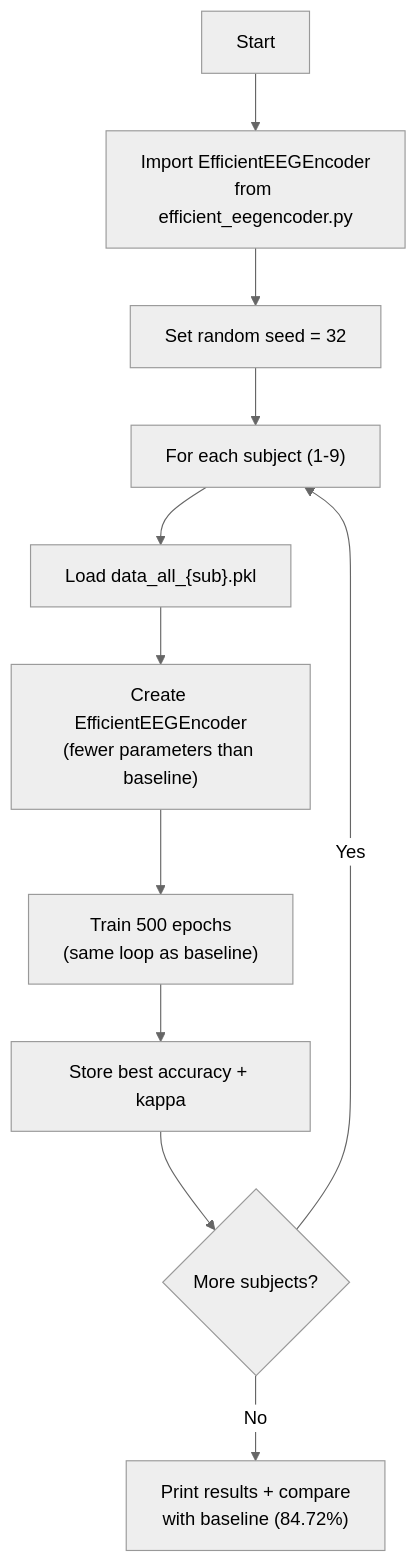
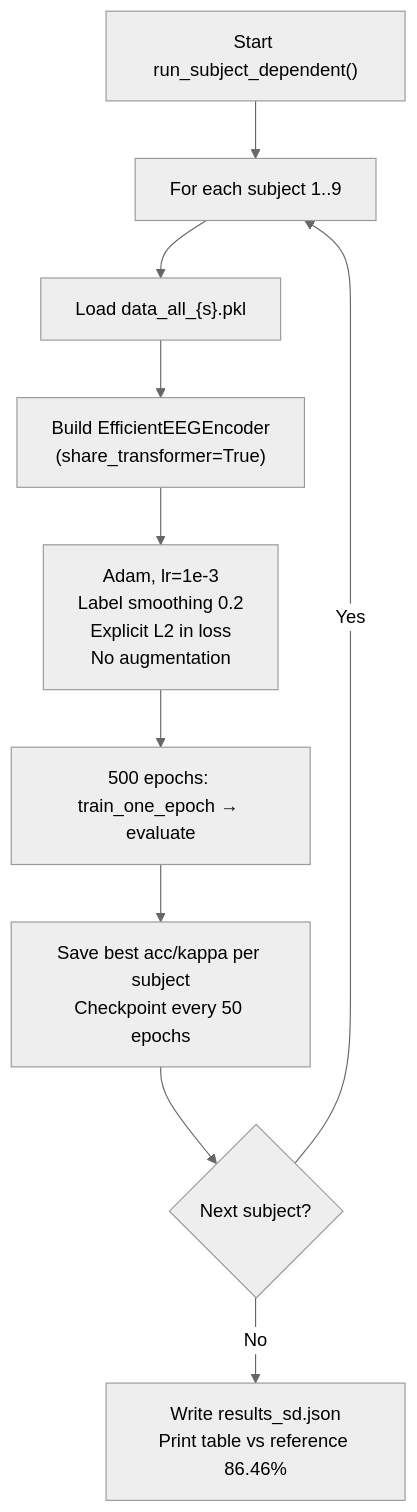
Before and after one commit to razuahmedjoy/efficient-transformer-BCI: the second of 4 diagrams in process_documentation.md, drawn with Mermaid (neutral theme). The commit also changed other lines of this file and 11 other files, not shown here.

First line of the commit message:
Add EfficientEEGEncoder v2 implementation and update documentation

````diff
--- a/process_documentation.md
+++ b/process_documentation.md
@@ -184,13 +226,12 @@
 ```mermaid
 flowchart TD
-    START["Start"] --> IMPORT["Import EfficientEEGEncoder\nfrom efficient_eegencoder.py"]
-    IMPORT --> SEED["Set random seed = 32"]
-    SEED --> SUBLOOP["For each subject (1-9)"]
-    SUBLOOP --> LOAD["Load data_all_{sub}.pkl"]
-    LOAD --> MODEL["Create EfficientEEGEncoder\n(fewer parameters than baseline)"]
-    MODEL --> TRAIN["Train 500 epochs\n(same loop as baseline)"]
-    TRAIN --> RESULT["Store best accuracy + kappa"]
-    RESULT --> NEXT{"More subjects?"}
-    NEXT -->|Yes| SUBLOOP
-    NEXT -->|No| SUMMARY["Print results + compare\nwith baseline (84.72%)"]
+    START["Start run_subject_dependent()"] --> FOR["For each subject 1..9"]
+    FOR --> LOAD["Load data_all_{s}.pkl"]
+    LOAD --> BUILD["Build EfficientEEGEncoder\n(share_transformer=True)"]
+    BUILD --> OPT["Adam, lr=1e-3\nLabel smoothing 0.2\nExplicit L2 in loss\nNo augmentation"]
+    OPT --> EPOCH["500 epochs: train_one_epoch → evaluate"]
+    EPOCH --> BEST["Save best acc/kappa per subject\nCheckpoint every 50 epochs"]
+    BEST --> NEXT{"Next subject?"}
+    NEXT -->|Yes| FOR
+    NEXT -->|No| SAVE["Write results_sd.json\nPrint table vs reference 86.46%"]
 ```
````
